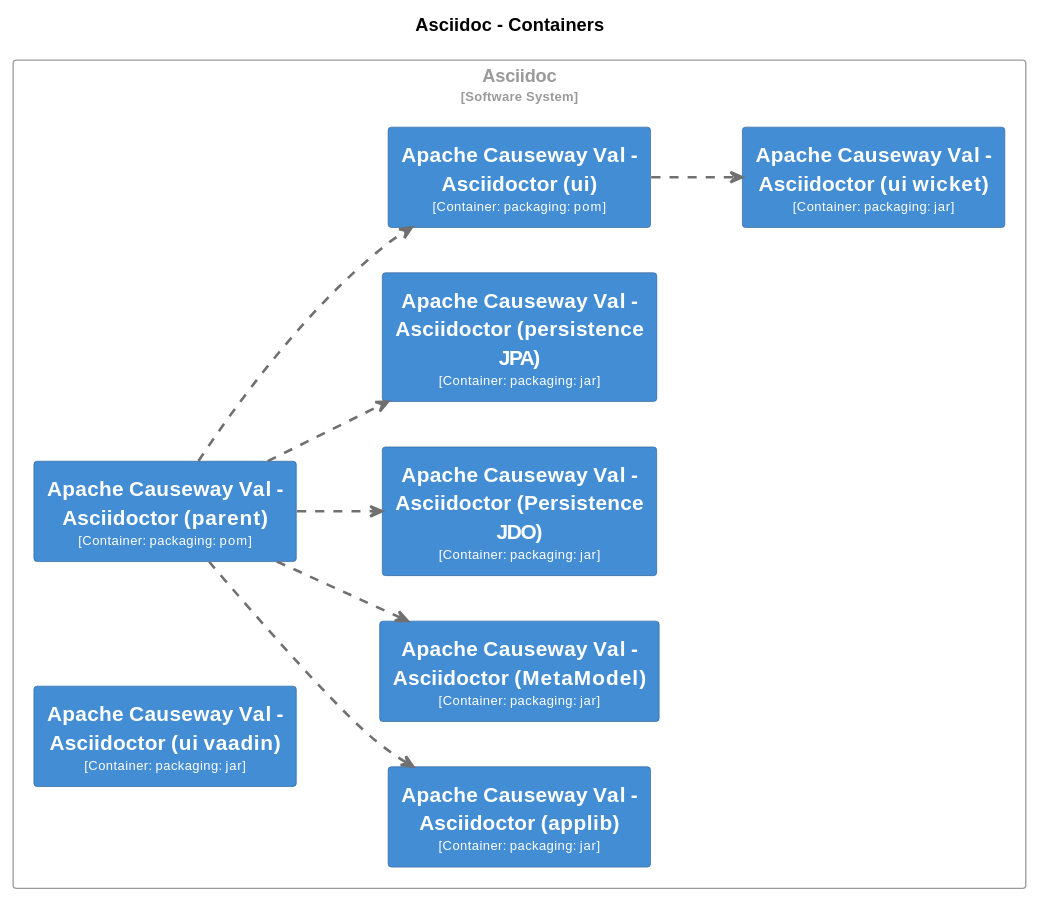
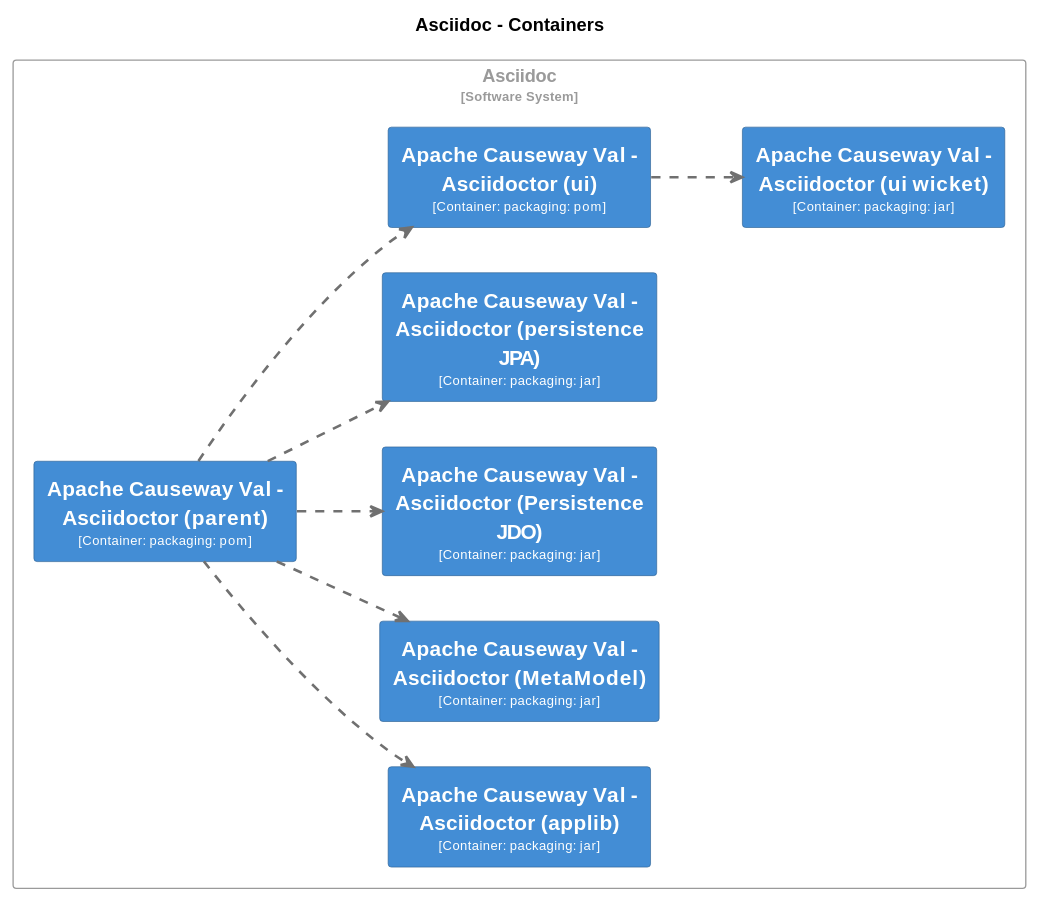
Diagram 19 of 29 in core/adoc/modules/_overview/pages/about.adoc (apache/causeway), drawn with PlantUML before and after one commit. The commit also changed other lines of this file and 10 other files, not shown here.

```diff
--- a/core/adoc/modules/_overview/pages/about.adoc
+++ b/core/adoc/modules/_overview/pages/about.adoc
@@ -3721,81 +3664,75 @@
 [plantuml,Asciidoc,svg]
 ----
 @startuml
 set separator none
 title Asciidoc - Containers
 
 left to right direction
 
 skinparam {
   shadowing false
   arrowFontSize 10
   defaultTextAlignment center
   wrapWidth 200
   maxMessageSize 100
 }
 
 hide stereotype
 
 skinparam rectangle<<Asciidoc.ApacheCausewayValAsciidoctorMetaModel>> {
   BackgroundColor #438dd5
   FontColor #fffffe
   BorderColor #2e6295
 }
 skinparam rectangle<<Asciidoc.ApacheCausewayValAsciidoctorPersistenceJDO>> {
   BackgroundColor #438dd5
   FontColor #fffffe
   BorderColor #2e6295
 }
 skinparam rectangle<<Asciidoc.ApacheCausewayValAsciidoctorapplib>> {
   BackgroundColor #438dd5
   FontColor #fffffe
   BorderColor #2e6295
 }
 skinparam rectangle<<Asciidoc.ApacheCausewayValAsciidoctorparent>> {
   BackgroundColor #438dd5
   FontColor #fffffe
   BorderColor #2e6295
 }
 skinparam rectangle<<Asciidoc.ApacheCausewayValAsciidoctorpersistenceJPA>> {
   BackgroundColor #438dd5
   FontColor #fffffe
   BorderColor #2e6295
 }
-skinparam rectangle<<Asciidoc.ApacheCausewayValAsciidoctoruivaadin>> {
-  BackgroundColor #438dd5
-  FontColor #fffffe
-  BorderColor #2e6295
-}
 skinparam rectangle<<Asciidoc.ApacheCausewayValAsciidoctoruiwicket>> {
   BackgroundColor #438dd5
   FontColor #fffffe
   BorderColor #2e6295
 }
 skinparam rectangle<<Asciidoc.ApacheCausewayValAsciidoctorui>> {
   BackgroundColor #438dd5
   FontColor #fffffe
   BorderColor #2e6295
 }
 
 rectangle "Asciidoc\n<size:10>[Software System]</size>" <<Asciidoc>> {
   skinparam RectangleBorderColor<<Asciidoc>> #9a9a9a
   skinparam RectangleFontColor<<Asciidoc>> #9a9a9a
 
   rectangle "==Apache Causeway Val - Asciidoctor (parent)\n<size:10>[Container: packaging: pom]</size>" <<Asciidoc.ApacheCausewayValAsciidoctorparent>> as Asciidoc.ApacheCausewayValAsciidoctorparent
   rectangle "==Apache Causeway Val - Asciidoctor (applib)\n<size:10>[Container: packaging: jar]</size>" <<Asciidoc.ApacheCausewayValAsciidoctorapplib>> as Asciidoc.ApacheCausewayValAsciidoctorapplib
   rectangle "==Apache Causeway Val - Asciidoctor (MetaModel)\n<size:10>[Container: packaging: jar]</size>" <<Asciidoc.ApacheCausewayValAsciidoctorMetaModel>> as Asciidoc.ApacheCausewayValAsciidoctorMetaModel
   rectangle "==Apache Causeway Val - Asciidoctor (Persistence JDO)\n<size:10>[Container: packaging: jar]</size>" <<Asciidoc.ApacheCausewayValAsciidoctorPersistenceJDO>> as Asciidoc.ApacheCausewayValAsciidoctorPersistenceJDO
   rectangle "==Apache Causeway Val - Asciidoctor (persistence JPA)\n<size:10>[Container: packaging: jar]</size>" <<Asciidoc.ApacheCausewayValAsciidoctorpersistenceJPA>> as Asciidoc.ApacheCausewayValAsciidoctorpersistenceJPA
   rectangle "==Apache Causeway Val - Asciidoctor (ui)\n<size:10>[Container: packaging: pom]</size>" <<Asciidoc.ApacheCausewayValAsciidoctorui>> as Asciidoc.ApacheCausewayValAsciidoctorui
-  rectangle "==Apache Causeway Val - Asciidoctor (ui vaadin)\n<size:10>[Container: packaging: jar]</size>" <<Asciidoc.ApacheCausewayValAsciidoctoruivaadin>> as Asciidoc.ApacheCausewayValAsciidoctoruivaadin
   rectangle "==Apache Causeway Val - Asciidoctor (ui wicket)\n<size:10>[Container: packaging: jar]</size>" <<Asciidoc.ApacheCausewayValAsciidoctoruiwicket>> as Asciidoc.ApacheCausewayValAsciidoctoruiwicket
 }
 
-Asciidoc.ApacheCausewayValAsciidoctorparent .[#707070,thickness=2].> Asciidoc.ApacheCausewayValAsciidoctorapplib : "<color:#707070>"
 Asciidoc.ApacheCausewayValAsciidoctorparent .[#707070,thickness=2].> Asciidoc.ApacheCausewayValAsciidoctorMetaModel : "<color:#707070>"
 Asciidoc.ApacheCausewayValAsciidoctorparent .[#707070,thickness=2].> Asciidoc.ApacheCausewayValAsciidoctorPersistenceJDO : "<color:#707070>"
 Asciidoc.ApacheCausewayValAsciidoctorparent .[#707070,thickness=2].> Asciidoc.ApacheCausewayValAsciidoctorpersistenceJPA : "<color:#707070>"
 Asciidoc.ApacheCausewayValAsciidoctorparent .[#707070,thickness=2].> Asciidoc.ApacheCausewayValAsciidoctorui : "<color:#707070>"
 Asciidoc.ApacheCausewayValAsciidoctorui .[#707070,thickness=2].> Asciidoc.ApacheCausewayValAsciidoctoruiwicket : "<color:#707070>"
+Asciidoc.ApacheCausewayValAsciidoctorparent .[#707070,thickness=2].> Asciidoc.ApacheCausewayValAsciidoctorapplib : "<color:#707070>"
 @enduml
 ----
```
